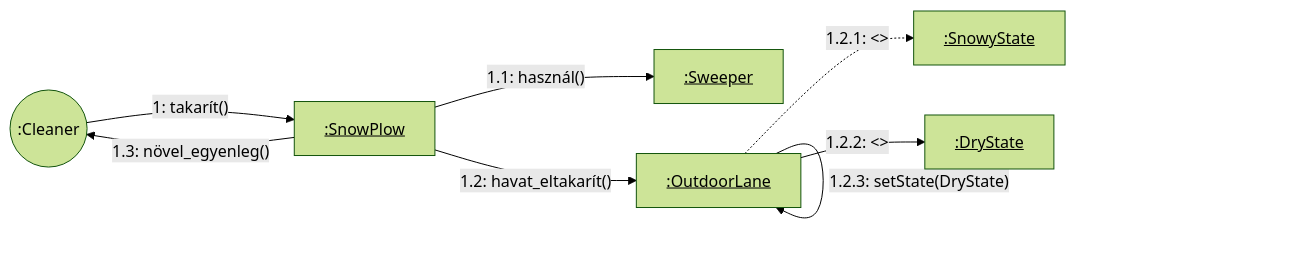
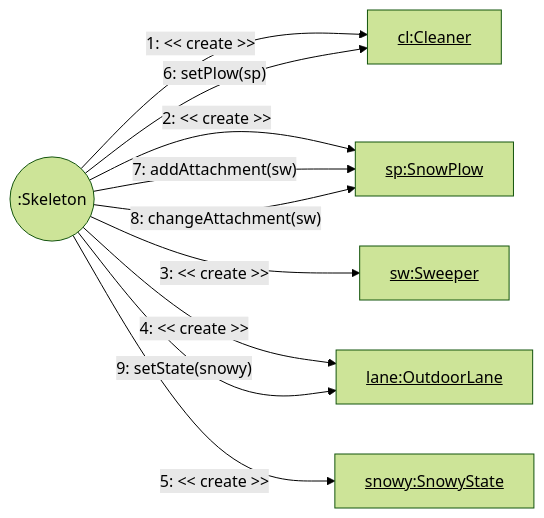
Before and after one commit to toth-andor/UneNotteANapoli: the diagram in docs/05/kommunikacios_diagrammok/03-takaritas-egyenleg_valtozas.md, drawn with Mermaid (forest theme).

````diff
--- a/docs/05/kommunikacios_diagrammok/03-takaritas-egyenleg_valtozas.md
+++ b/docs/05/kommunikacios_diagrammok/03-takaritas-egyenleg_valtozas.md
@@ -1,17 +1,20 @@
 ```mermaid
 graph LR
-    C((:Cleaner))
-    SP[<u>:SnowPlow</u>]
-    SW[<u>:Sweeper</u>]
-    OL[<u>:OutdoorLane</u>]
-    SN[<u>:SnowyState</u>]
-    DR[<u>:DryState</u>]
+    SK((:Skeleton))
+    CL[<u>cl:Cleaner</u>]
+    SP[<u>sp:SnowPlow</u>]
+    SW[<u>sw:Sweeper</u>]
+    OL[<u>lane:OutdoorLane</u>]
+    SN[<u>snowy:SnowyState</u>]
 
-    C -- "1: takarít()" --> SP
-    SP -- "1.1: használ()" --> SW
-    SP -- "1.2: havat_eltakarít()" --> OL
-    OL -. "1.2.1: <<megszüntet>>" .-> SN
-    OL -- "1.2.2: <<létrehoz>>" --> DR
-    OL -- "1.2.3: setState(DryState)" --> OL
-    SP -- "1.3: növel_egyenleg()" --> C
+    SK -- "1: << create >>" --> CL
+    SK -- "2: << create >>" --> SP
+    SK -- "3: << create >>" --> SW
+    SK -- "4: << create >>" --> OL
+    SK -- "5: << create >>" --> SN
+
+    SK -- "6: setPlow(sp)" --> CL
+    SK -- "7: addAttachment(sw)" --> SP
+    SK -- "8: changeAttachment(sw)" --> SP
+    SK -- "9: setState(snowy)" --> OL
 ```
````
